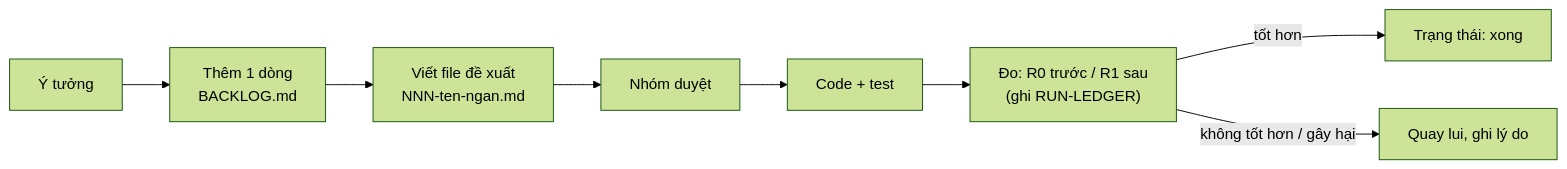
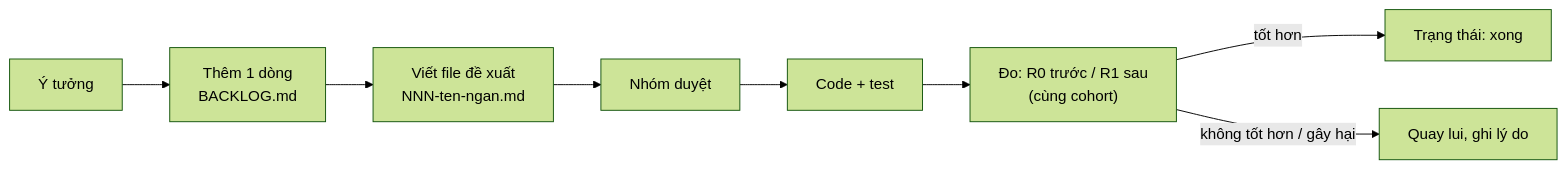
Before and after one commit to queenley/capstone_sudocode2026: the diagram in docs/plan/README.md, drawn with Mermaid (forest theme). The commit also changed other lines of this file and 28 other files, not shown here.

First line of the commit message:
Docs: one evaluation path, one entry point; drop dated docs and the run ledger

````diff
--- a/docs/plan/README.md
+++ b/docs/plan/README.md
@@ -11,10 +11,10 @@
 ```mermaid
 flowchart LR
     I["Ý tưởng"] --> B["Thêm 1 dòng<br/>BACKLOG.md"]
     B --> P["Viết file đề xuất<br/>NNN-ten-ngan.md"]
     P --> R["Nhóm duyệt"]
     R --> C["Code + test"]
-    C --> E["Đo: R0 trước / R1 sau<br/>(ghi RUN-LEDGER)"]
+    C --> E["Đo: R0 trước / R1 sau<br/>(cùng cohort)"]
     E -- "tốt hơn" --> D["Trạng thái: xong"]
     E -- "không tốt hơn / gây hại" --> X["Quay lui, ghi lý do"]
 ```
````
